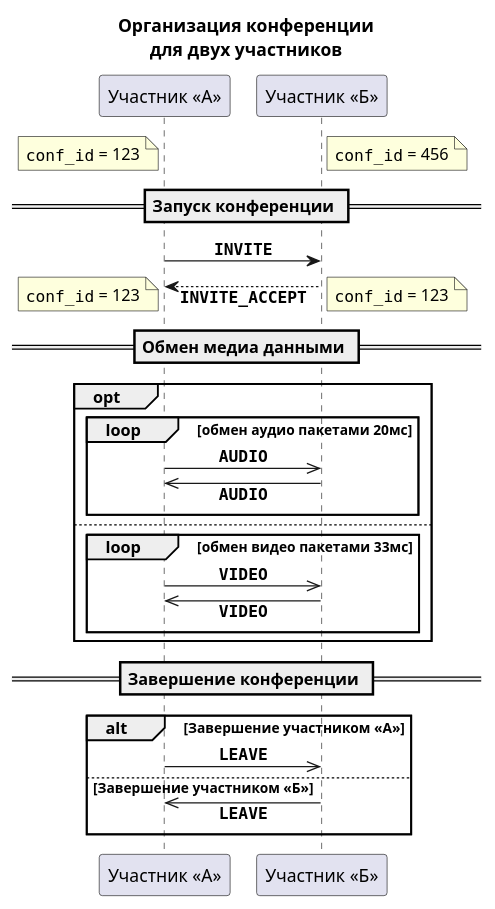
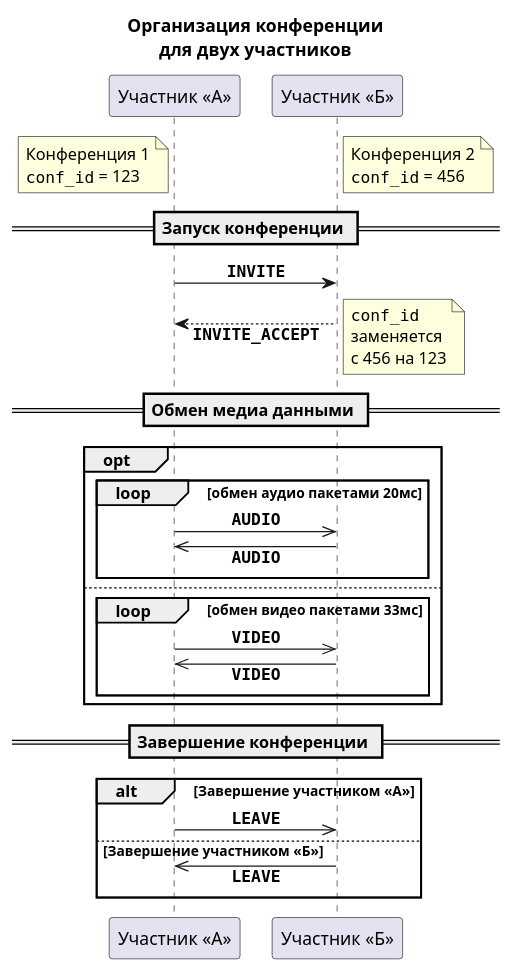
Before and after one commit to RullDeef/proto-cp: the diagram in docs/inc/diag/seq-2.puml, drawn with PlantUML. The commit also changed 18 other files, not shown here.

```diff
--- a/docs/inc/diag/seq-2.puml
+++ b/docs/inc/diag/seq-2.puml
@@ -1,46 +1,55 @@
 @startuml conf-2
 skinparam sequenceMessageAlign center
 skinparam responseMessageBelowArrow true
 
 title Организация конференции\nдля двух участников
 
 participant "Участник <<А>>" as A
 participant "Участник <<Б>>" as B
 
-note left of A: ""conf_id"" = 123
-/ note right of B: ""conf_id"" = 456
+note left of A
+Конференция 1
+""conf_id"" = 123
+end note
+/ note right of B
+Конференция 2
+""conf_id"" = 456
+end note
 
 == Запуск конференции ==
 
 A -> B: <b>""INVITE""
 A <-- B: <b>""INVITE_ACCEPT""
-note left: ""conf_id"" = 123
-note right: ""conf_id"" = 123
+note right
+""conf_id""
+заменяется
+с 456 на 123
+end note
 
 == Обмен медиа данными ==
 
 opt
 
 loop обмен аудио пакетами 20мс
 A ->> B: <b>""AUDIO""
 A <<- B: <b>""AUDIO""
 end
 
 else
 
 loop обмен видео пакетами 33мс
 A ->> B: <b>""VIDEO""
 A <<- B: <b>""VIDEO""
 end
 
 end
 
 == Завершение конференции ==
 
 alt Завершение участником <<А>>
   A ->> B: <b>""LEAVE""
 else Завершение участником <<Б>>
   A <<- B: <b>""LEAVE""
 end
 
 @enduml
```
